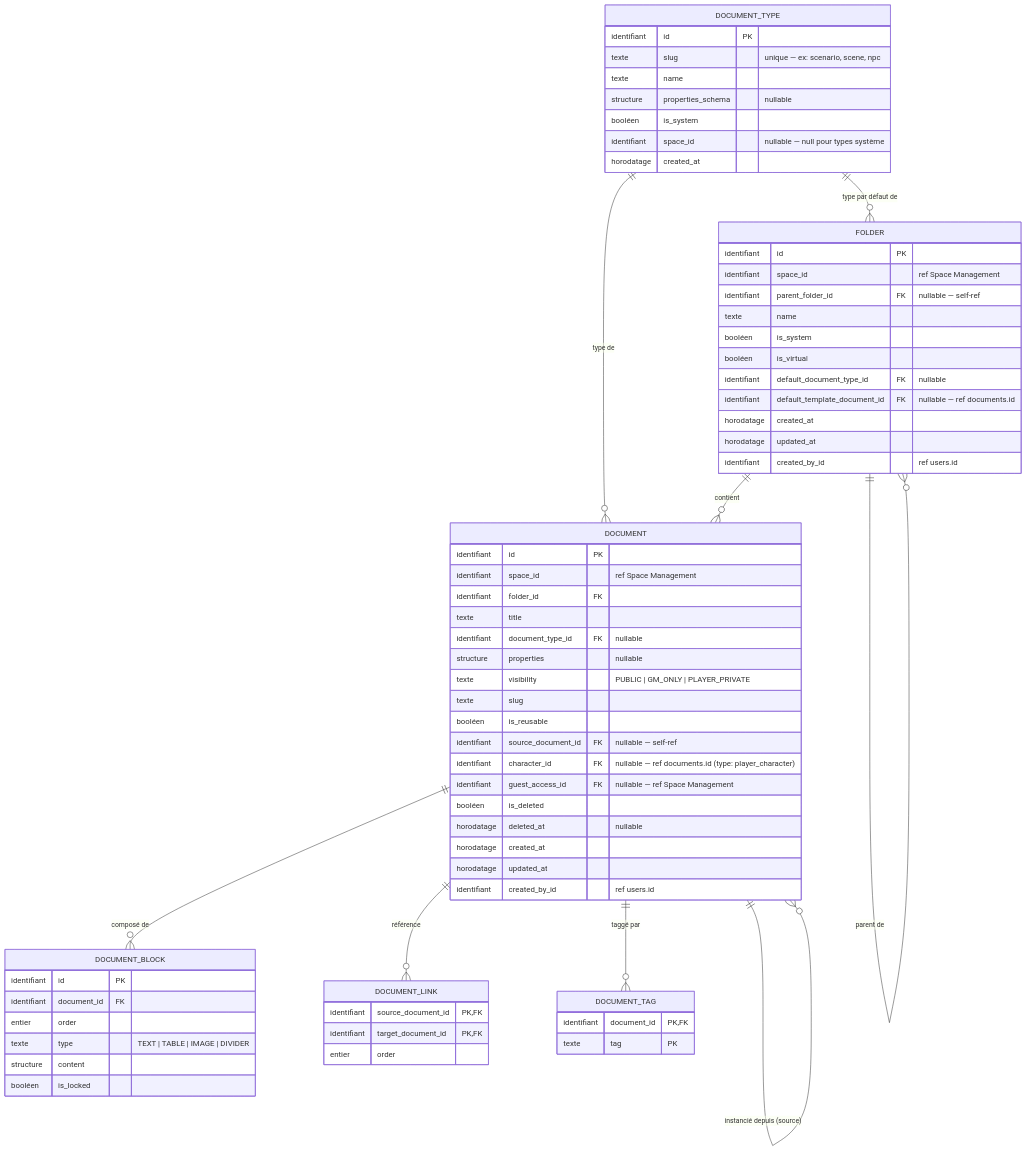
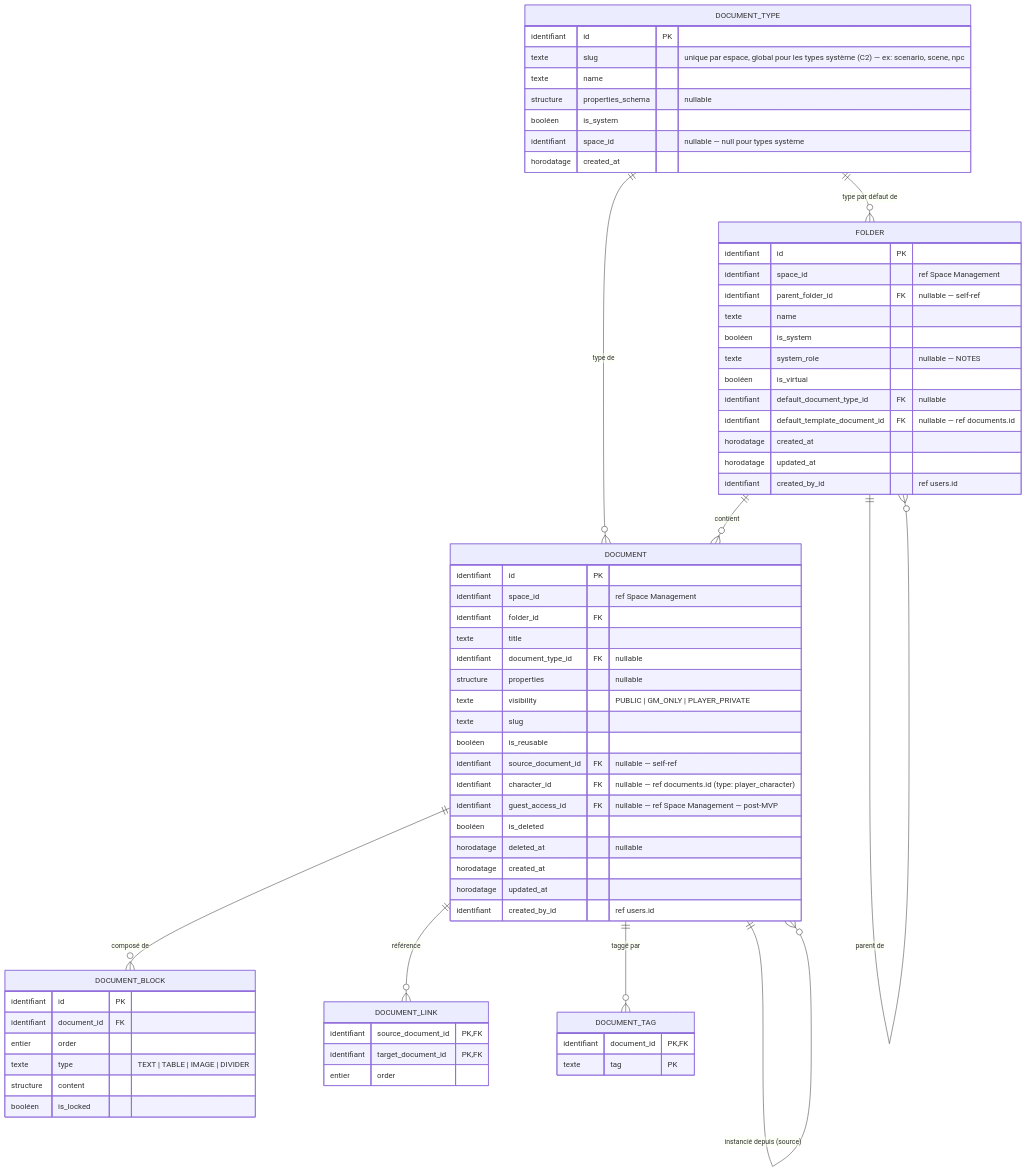
One commit to 2025-10-CDA-ECO-P6/PM-micro-saas changed the diagram in docs/domaine/content-library/conceptual-data.md. Above: the diagram before and after it, drawn with Mermaid. The commit also changed 46 other files, not shown here.

````diff
--- a/docs/domaine/content-library/conceptual-data.md
+++ b/docs/domaine/content-library/conceptual-data.md
@@ -5,75 +5,76 @@
 ```mermaid
 erDiagram
     FOLDER {
         identifiant id PK
         identifiant space_id "ref Space Management"
         identifiant parent_folder_id FK "nullable — self-ref"
         texte name
         booléen is_system
+        texte system_role "nullable — NOTES"
         booléen is_virtual
         identifiant default_document_type_id FK "nullable"
         identifiant default_template_document_id FK "nullable — ref documents.id"
         horodatage created_at
         horodatage updated_at
         identifiant created_by_id "ref users.id"
     }
 
     DOCUMENT_TYPE {
         identifiant id PK
-        texte slug "unique — ex: scenario, scene, npc"
+        texte slug "unique par espace, global pour les types système (C2) — ex: scenario, scene, npc"
         texte name
         structure properties_schema "nullable"
         booléen is_system
         identifiant space_id "nullable — null pour types système"
         horodatage created_at
     }
 
     DOCUMENT {
         identifiant id PK
         identifiant space_id "ref Space Management"
         identifiant folder_id FK
         texte title
         identifiant document_type_id FK "nullable"
         structure properties "nullable"
         texte visibility "PUBLIC | GM_ONLY | PLAYER_PRIVATE"
         texte slug
         booléen is_reusable
         identifiant source_document_id FK "nullable — self-ref"
         identifiant character_id FK "nullable — ref documents.id (type: player_character)"
-        identifiant guest_access_id FK "nullable — ref Space Management"
+        identifiant guest_access_id FK "nullable — ref Space Management — post-MVP"
         booléen is_deleted
         horodatage deleted_at "nullable"
         horodatage created_at
         horodatage updated_at
         identifiant created_by_id "ref users.id"
     }
 
     DOCUMENT_BLOCK {
         identifiant id PK
         identifiant document_id FK
         entier order
         texte type "TEXT | TABLE | IMAGE | DIVIDER"
         structure content
         booléen is_locked
     }
 
     DOCUMENT_LINK {
         identifiant source_document_id PK,FK
         identifiant target_document_id PK,FK
         entier order
     }
 
     DOCUMENT_TAG {
         identifiant document_id PK,FK
         texte tag PK
     }
 
     FOLDER ||--o{ DOCUMENT : "contient"
     FOLDER ||--o{ FOLDER : "parent de"
     DOCUMENT_TYPE ||--o{ DOCUMENT : "type de"
     DOCUMENT_TYPE ||--o{ FOLDER : "type par défaut de"
     DOCUMENT ||--o{ DOCUMENT_BLOCK : "composé de"
     DOCUMENT ||--o{ DOCUMENT_LINK : "référence"
     DOCUMENT ||--o{ DOCUMENT_TAG : "taggé par"
     DOCUMENT ||--o{ DOCUMENT : "instancié depuis (source)"
 ```
````
